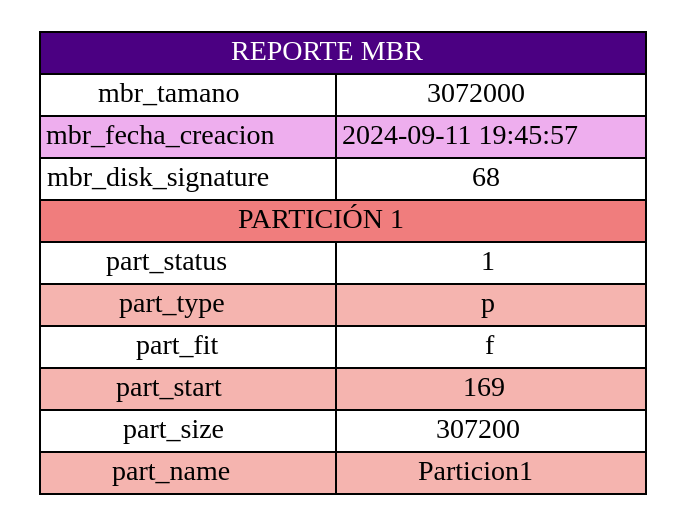
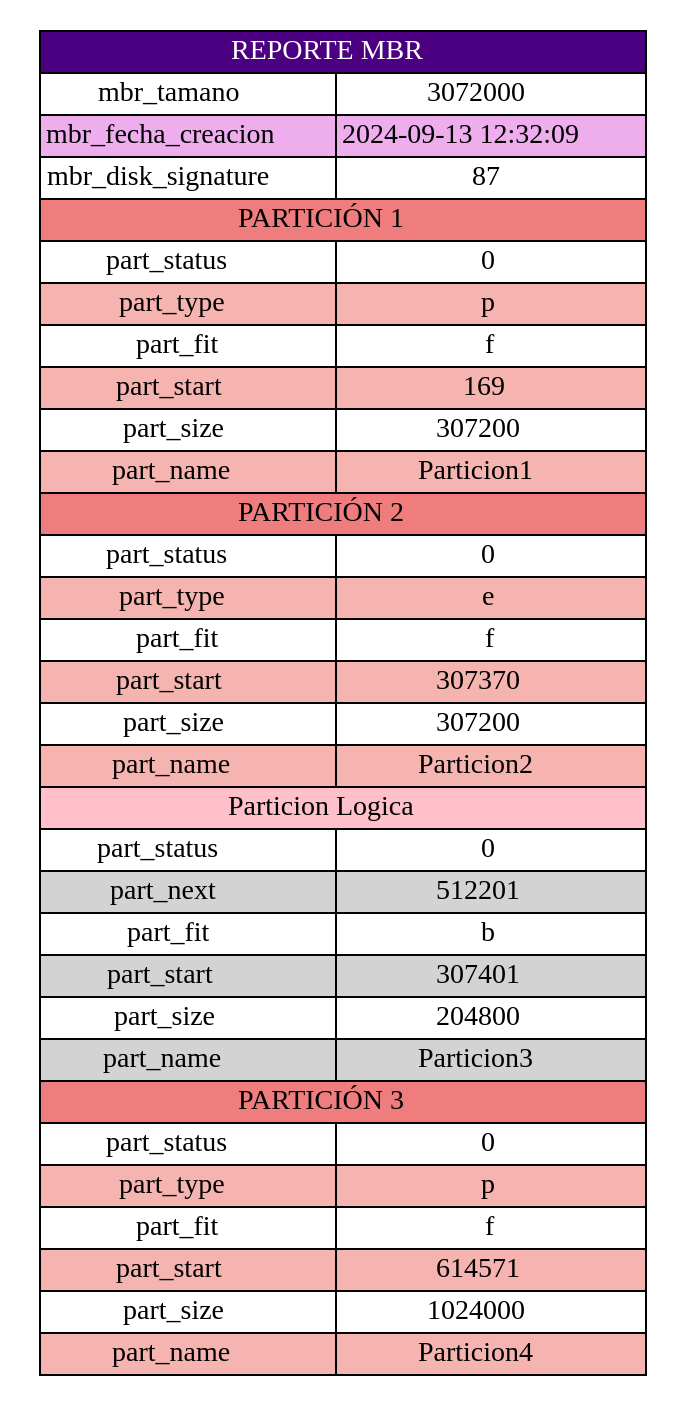
The diagram in output/reporteMBR.pdf.dot (Josue013/MIA_2S_P1_202202481), drawn with Graphviz before and after one commit. The commit also changed 14 other files, not shown here.

```diff
--- a/output/reporteMBR.pdf.dot
+++ b/output/reporteMBR.pdf.dot
@@ -1,17 +1,40 @@
 digraph G {
 			node [shape=plaintext]
 			tabla [label=<
 					<table border="0" cellborder="1" cellspacing="0">
 							<tr><td colspan="2" bgcolor="indigo"><font color="white">REPORTE MBR</font></td></tr>
-							<tr><td >mbr_tamano</td><td>3072000</td></tr>
-							<tr><td bgcolor="plum2">mbr_fecha_creacion</td><td bgcolor="plum2">2024-09-11 19:45:57</td></tr>
-							<tr><td>mbr_disk_signature</td><td>68</td></tr>
-					
-							<tr><td colspan="2" bgcolor="#f07d7d"> PARTICIÓN 1 </td></tr>
-							<tr><td>part_status</td><td>1</td></tr>
-							<tr><td bgcolor="#f5b4af">part_type</td><td bgcolor="#f5b4af">p</td></tr>
-							<tr><td>part_fit</td><td>f</td></tr>
-							<tr><td bgcolor="#f5b4af">part_start</td><td bgcolor="#f5b4af">169</td></tr>
-							<tr><td>part_size</td><td>307200</td></tr>
-							<tr><td bgcolor="#f5b4af">part_name</td><td bgcolor="#f5b4af">Particion1</td></tr>
-					</table>>] }
+							<tr><td>mbr_tamano</td><td>3072000</td></tr>
+							<tr><td bgcolor="plum2">mbr_fecha_creacion</td><td bgcolor="plum2">2024-09-13 12:32:09</td></tr>
+							<tr><td>mbr_disk_signature</td><td>87</td></tr>
+	
+					<tr><td colspan="2" bgcolor="#f07d7d"> PARTICIÓN 1 </td></tr>
+					<tr><td>part_status</td><td>0</td></tr>
+					<tr><td bgcolor="#f5b4af">part_type</td><td bgcolor="#f5b4af">p</td></tr>
+					<tr><td>part_fit</td><td>f</td></tr>
+					<tr><td bgcolor="#f5b4af">part_start</td><td bgcolor="#f5b4af">169</td></tr>
+					<tr><td>part_size</td><td>307200</td></tr>
+					<tr><td bgcolor="#f5b4af">part_name</td><td bgcolor="#f5b4af">Particion1</td></tr>
+			
+					<tr><td colspan="2" bgcolor="#f07d7d"> PARTICIÓN 2 </td></tr>
+					<tr><td>part_status</td><td>0</td></tr>
+					<tr><td bgcolor="#f5b4af">part_type</td><td bgcolor="#f5b4af">e</td></tr>
+					<tr><td>part_fit</td><td>f</td></tr>
+					<tr><td bgcolor="#f5b4af">part_start</td><td bgcolor="#f5b4af">307370</td></tr>
+					<tr><td>part_size</td><td>307200</td></tr>
+					<tr><td bgcolor="#f5b4af">part_name</td><td bgcolor="#f5b4af">Particion2</td></tr>
+						<TR><TD bgcolor="pink" COLSPAN="2">Particion Logica</TD></TR>
+			<TR><TD> part_status </TD><TD>0</TD></TR>
+			<TR><TD bgcolor="#D3D3D3"> part_next </TD><TD bgcolor="#D3D3D3">512201</TD></TR>
+			<TR><TD> part_fit </TD><TD>b</TD></TR>
+			<TR><TD bgcolor="#D3D3D3"> part_start </TD><TD bgcolor="#D3D3D3">307401</TD></TR>
+			<TR><TD> part_size </TD><TD>204800</TD></TR>
+			<TR><TD bgcolor="#D3D3D3"> part_name </TD><TD bgcolor="#D3D3D3">Particion3</TD></TR>
+
+					<tr><td colspan="2" bgcolor="#f07d7d"> PARTICIÓN 3 </td></tr>
+					<tr><td>part_status</td><td>0</td></tr>
+					<tr><td bgcolor="#f5b4af">part_type</td><td bgcolor="#f5b4af">p</td></tr>
+					<tr><td>part_fit</td><td>f</td></tr>
+					<tr><td bgcolor="#f5b4af">part_start</td><td bgcolor="#f5b4af">614571</td></tr>
+					<tr><td>part_size</td><td>1024000</td></tr>
+					<tr><td bgcolor="#f5b4af">part_name</td><td bgcolor="#f5b4af">Particion4</td></tr>
+			</table>>] }
```
